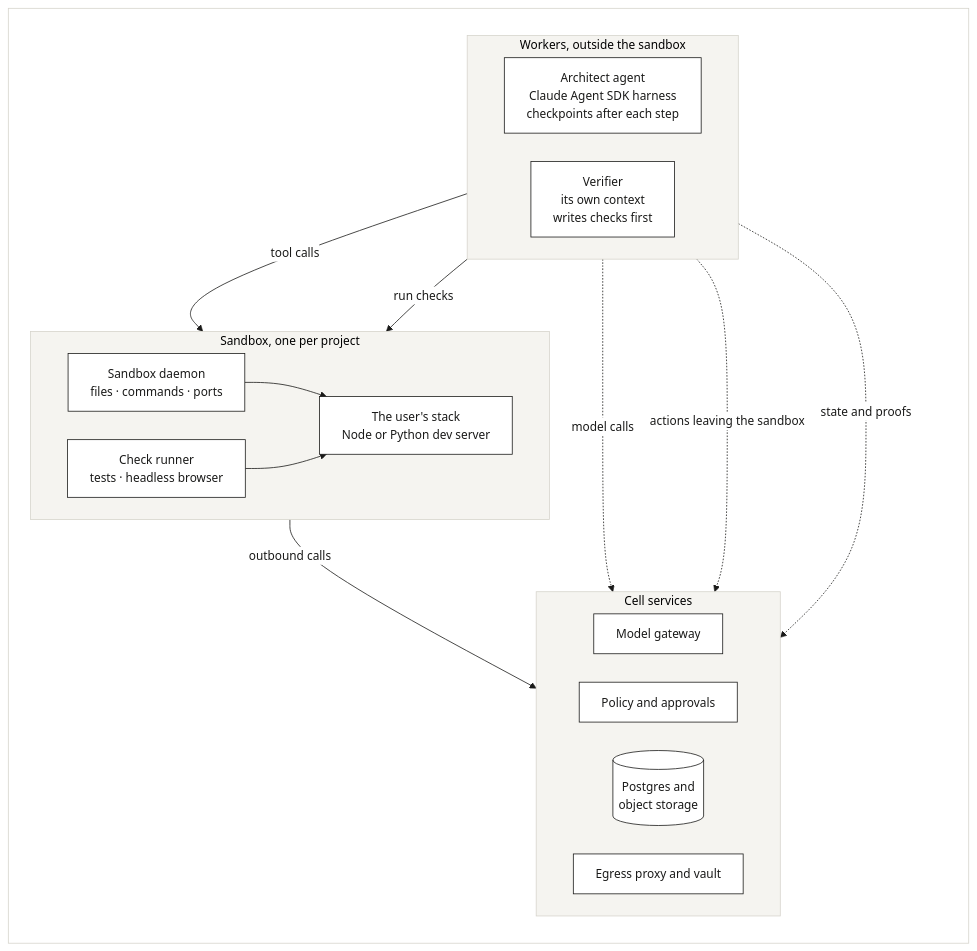
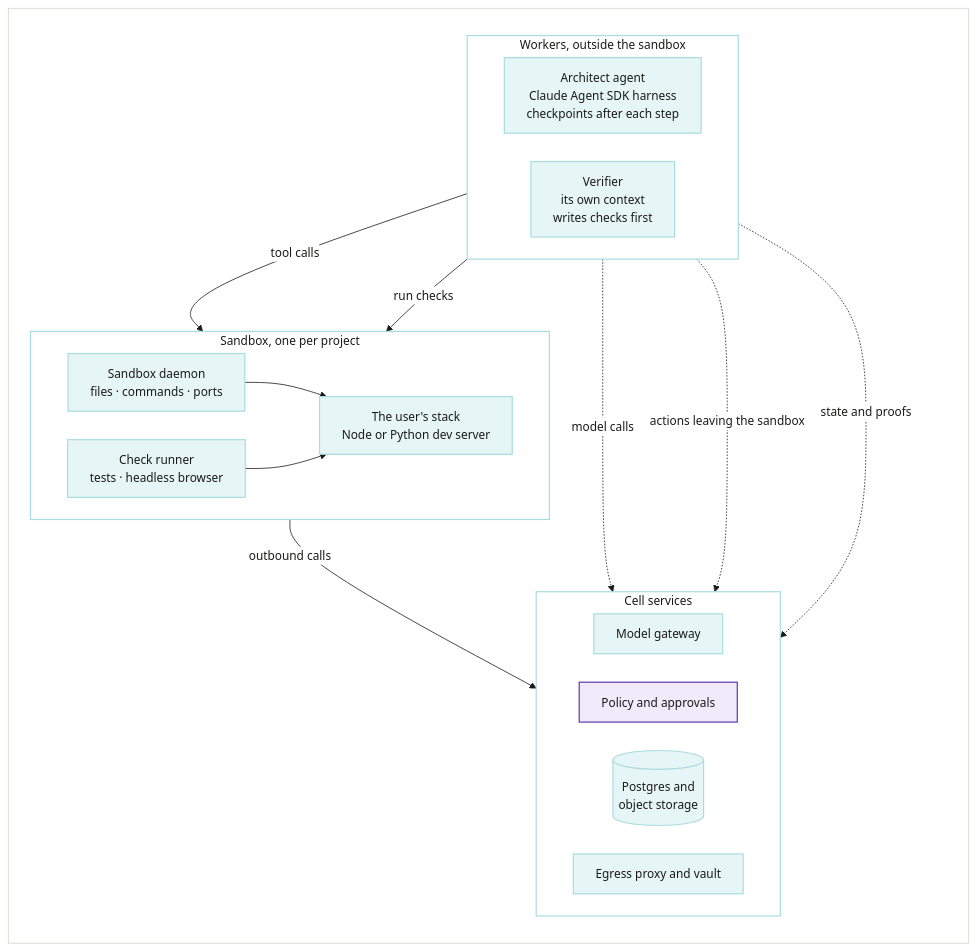
One commit to netanyaj/architect-2 changed the diagram in docs/product/diagrams/src/A3-run-loop.mmd. Above: the diagram before and after it, drawn with Mermaid. The commit also changed 32 other files, not shown here.

```diff
--- a/docs/product/diagrams/src/A3-run-loop.mmd
+++ b/docs/product/diagrams/src/A3-run-loop.mmd
@@ -1,33 +1,44 @@
-%%{init: {"theme":"base","themeVariables":{"fontFamily":"Arial","fontSize":"15px","primaryColor":"#FFFFFF","primaryBorderColor":"#1A1A19","primaryTextColor":"#1A1A19","lineColor":"#1A1A19","secondaryColor":"#FFFFFF","tertiaryColor":"#FFFFFF","clusterBkg":"#F5F4F0","clusterBorder":"#D6D4CC","edgeLabelBackground":"#FFFFFF","actorBkg":"#FFFFFF","actorBorder":"#1A1A19","actorTextColor":"#1A1A19","actorLineColor":"#A8A69F","signalColor":"#1A1A19","signalTextColor":"#1A1A19","noteBkgColor":"#F5F4F0","noteBorderColor":"#D6D4CC","noteTextColor":"#42413D","labelBoxBkgColor":"#FFFFFF","labelBoxBorderColor":"#1A1A19","labelTextColor":"#1A1A19","loopTextColor":"#1A1A19","activationBkgColor":"#F5F4F0","activationBorderColor":"#1A1A19","sequenceNumberColor":"#FFFFFF"},"flowchart":{"curve":"basis","padding":14,"nodeSpacing":36,"rankSpacing":44}}}%%
+%%{init: {"theme":"base","themeVariables":{"fontFamily":"Arial","fontSize":"15px","primaryColor":"#FFFFFF","primaryBorderColor":"#1A1A19","primaryTextColor":"#1A1A19","lineColor":"#1A1A19","secondaryColor":"#FFFFFF","tertiaryColor":"#FFFFFF","clusterBkg":"#FFFFFF","clusterBorder":"#D6D4CC","edgeLabelBackground":"#FFFFFF","actorBkg":"#FFFFFF","actorBorder":"#1A1A19","actorTextColor":"#1A1A19","actorLineColor":"#A8A69F","signalColor":"#1A1A19","signalTextColor":"#1A1A19","noteBkgColor":"#FFFFFF","noteBorderColor":"#D6D4CC","noteTextColor":"#1A1A19","labelBoxBkgColor":"#FFFFFF","labelBoxBorderColor":"#1A1A19","labelTextColor":"#1A1A19","loopTextColor":"#1A1A19","activationBkgColor":"#F5F4F0","activationBorderColor":"#1A1A19","sequenceNumberColor":"#FFFFFF","textColor":"#1A1A19","titleColor":"#1A1A19","nodeTextColor":"#1A1A19"},"flowchart":{"curve":"basis","padding":14,"nodeSpacing":36,"rankSpacing":44}}}%%
 flowchart TB
   %% A white card, so ink lines read on GitHub's dark theme too
   subgraph CARD[" "]
     direction TB
     subgraph W["Workers, outside the sandbox"]
       direction LR
       AA["Architect agent<br/>Claude Agent SDK harness<br/>checkpoints after each step"]
       VF["Verifier<br/>its own context<br/>writes checks first"]
     end
     subgraph S["Sandbox, one per project"]
       direction LR
       D["Sandbox daemon<br/>files · commands · ports"]
       T["Check runner<br/>tests · headless browser"]
       APP["The user's stack<br/>Node or Python dev server"]
     end
     AA -- "tool calls" --> D
     VF -- "run checks" --> T
     D --> APP
     T --> APP
     subgraph C["Cell services"]
       direction LR
       MG["Model gateway"]
       PA["Policy and approvals"]
       ST[("Postgres and<br/>object storage")]
       EG["Egress proxy and vault"]
     end
     APP -- "outbound calls" --> EG
     W -. "model calls" .-> MG
     W -. "actions leaving the sandbox" .-> PA
     W -. "state and proofs" .-> ST
   end
-  style CARD fill:#FFFFFF,stroke:#D6D4CC
+  classDef people fill:#FFFFFF,stroke:#D6D4CC,stroke-width:1.5px,color:#1A1A19
+  classDef control fill:#EEEAFB,stroke:#C9BEF2,stroke-width:1.5px,color:#1A1A19
+  classDef cell fill:#E6F5F6,stroke:#A9DCE0,stroke-width:1.5px,color:#1A1A19
+  classDef studio fill:#E8F1E6,stroke:#B7D3B0,stroke-width:1.5px,color:#1A1A19
+  classDef outside fill:#F1F0EC,stroke:#D6D4CC,stroke-width:1.5px,color:#1A1A19
+  classDef approval fill:#F0EAFA,stroke:#6236AD,stroke-width:1.5px,color:#1A1A19
+  class AA,VF,D,T,APP,MG,ST,EG cell
+  class PA approval
+  style W fill:#FFFFFF,stroke:#A9DCE0,stroke-width:1.5px,color:#1A1A19
+  style S fill:#FFFFFF,stroke:#A9DCE0,stroke-width:1.5px,color:#1A1A19
+  style C fill:#FFFFFF,stroke:#A9DCE0,stroke-width:1.5px,color:#1A1A19
+  style CARD fill:#FFFFFF,stroke:#D6D4CC,color:#1A1A19
```
